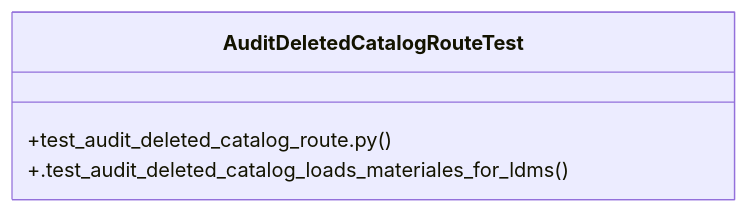
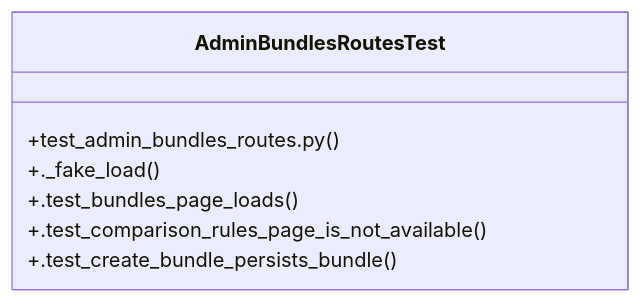
Before and after one commit to Daftrick/ProjectTracker: the diagram in graphify-out/wiki/Community_35.md, drawn with Mermaid. The commit also changed other lines of this file and 413 other files, not shown here.

````diff
--- a/graphify-out/wiki/Community_35.md
+++ b/graphify-out/wiki/Community_35.md
@@ -15,7 +18,10 @@
 ```mermaid
 classDiagram
-    class AuditDeletedCatalogRouteTest {
-        +test_audit_deleted_catalog_route.py()
-        +.test_audit_deleted_catalog_loads_materiales_for_ldms()
+    class AdminBundlesRoutesTest {
+        +test_admin_bundles_routes.py()
+        +._fake_load()
+        +.test_bundles_page_loads()
+        +.test_comparison_rules_page_is_not_available()
+        +.test_create_bundle_persists_bundle()
     }
 ```
````
